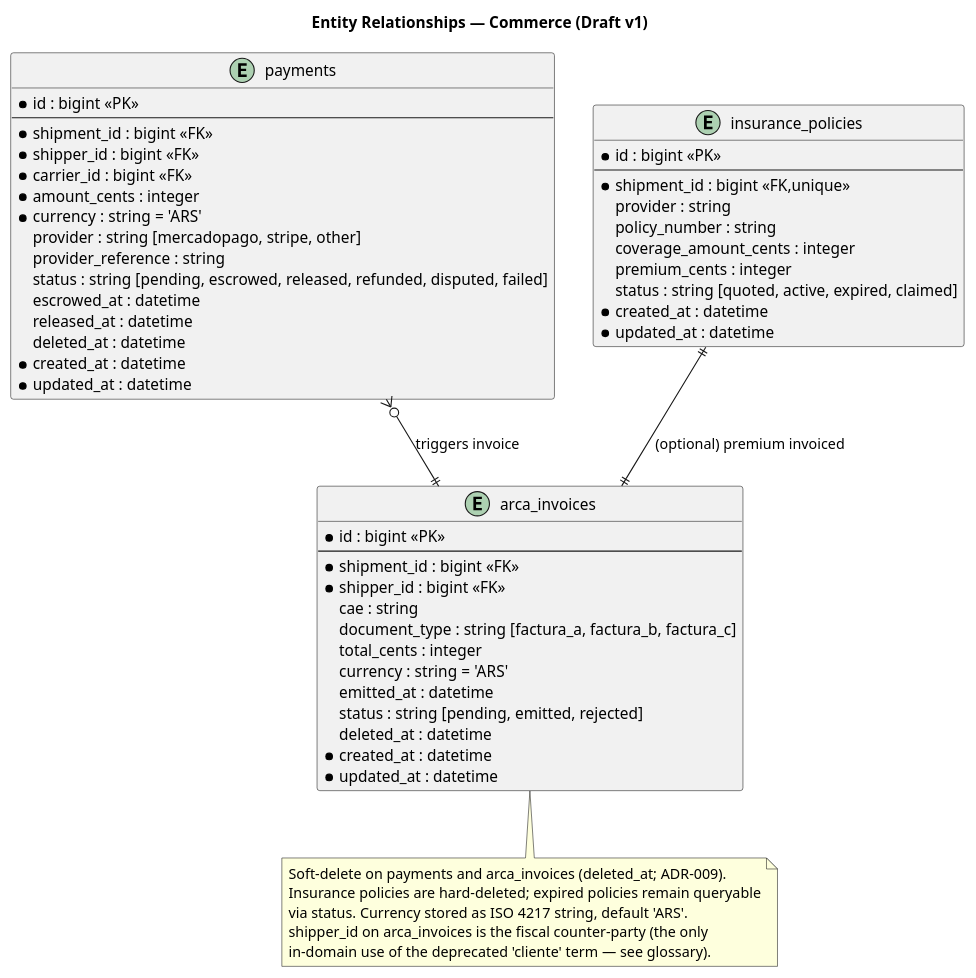
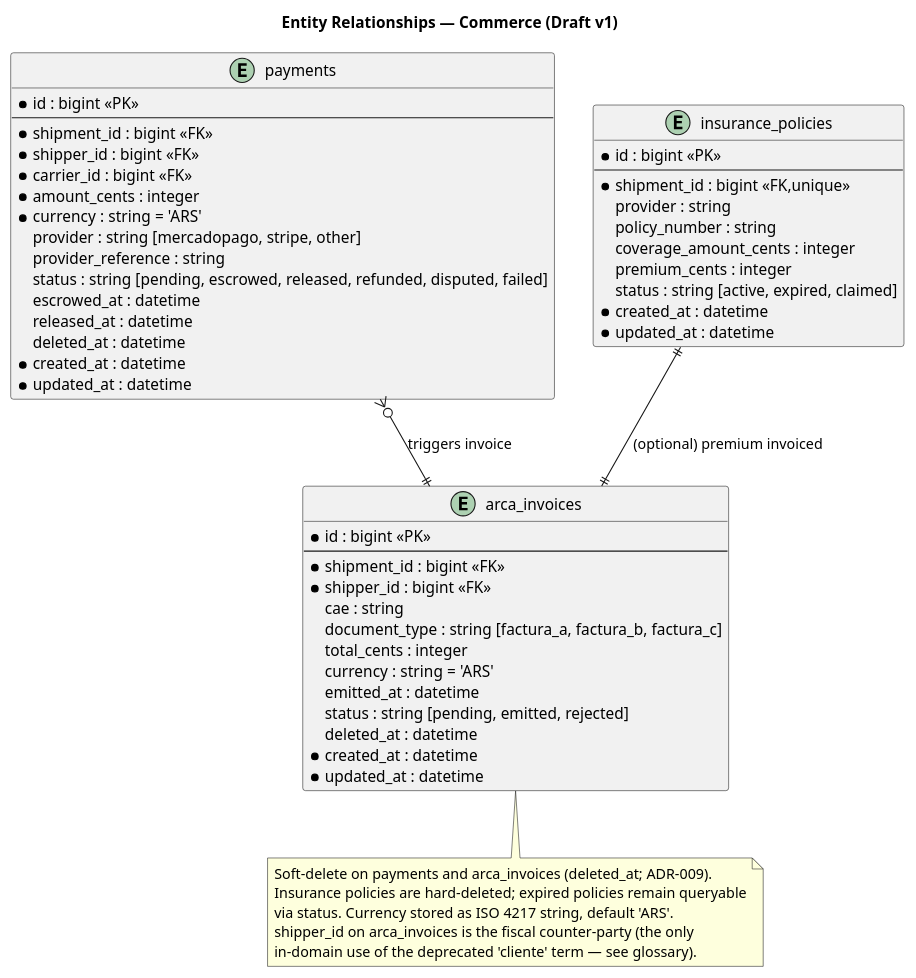
The diagram in docs/04-database-diagrams/erd-commerce.puml (matias-ferrero/Truckr), drawn with PlantUML before and after one commit. The commit also changed 25 other files, not shown here.

```diff
--- a/docs/04-database-diagrams/erd-commerce.puml
+++ b/docs/04-database-diagrams/erd-commerce.puml
@@ -1,62 +1,62 @@
 @startuml erd-commerce
 title Entity Relationships — Commerce (Draft v1)
 
 entity "payments" as p {
   * id : bigint <<PK>>
   --
   * shipment_id : bigint <<FK>>
   * shipper_id : bigint <<FK>>
   * carrier_id : bigint <<FK>>
   * amount_cents : integer
   * currency : string = 'ARS'
   provider : string [mercadopago, stripe, other]
   provider_reference : string
   status : string [pending, escrowed, released, refunded, disputed, failed]
   escrowed_at : datetime
   released_at : datetime
   deleted_at : datetime
   * created_at : datetime
   * updated_at : datetime
 }
 
 entity "insurance_policies" as ip {
   * id : bigint <<PK>>
   --
   * shipment_id : bigint <<FK,unique>>
   provider : string
   policy_number : string
   coverage_amount_cents : integer
   premium_cents : integer
-  status : string [quoted, active, expired, claimed]
+  status : string [active, expired, claimed]
   * created_at : datetime
   * updated_at : datetime
 }
 
 entity "arca_invoices" as inv {
   * id : bigint <<PK>>
   --
   * shipment_id : bigint <<FK>>
   * shipper_id : bigint <<FK>>
   cae : string
   document_type : string [factura_a, factura_b, factura_c]
   total_cents : integer
   currency : string = 'ARS'
   emitted_at : datetime
   status : string [pending, emitted, rejected]
   deleted_at : datetime
   * created_at : datetime
   * updated_at : datetime
 }
 
 p }o--|| inv : "triggers invoice"
 ip ||--|| inv : "(optional) premium invoiced"
 
 note bottom
   Soft-delete on payments and arca_invoices (deleted_at; ADR-009).
   Insurance policies are hard-deleted; expired policies remain queryable
   via status. Currency stored as ISO 4217 string, default 'ARS'.
   shipper_id on arca_invoices is the fiscal counter-party (the only
   in-domain use of the deprecated 'cliente' term — see glossary).
 end note
 
 @enduml
```
